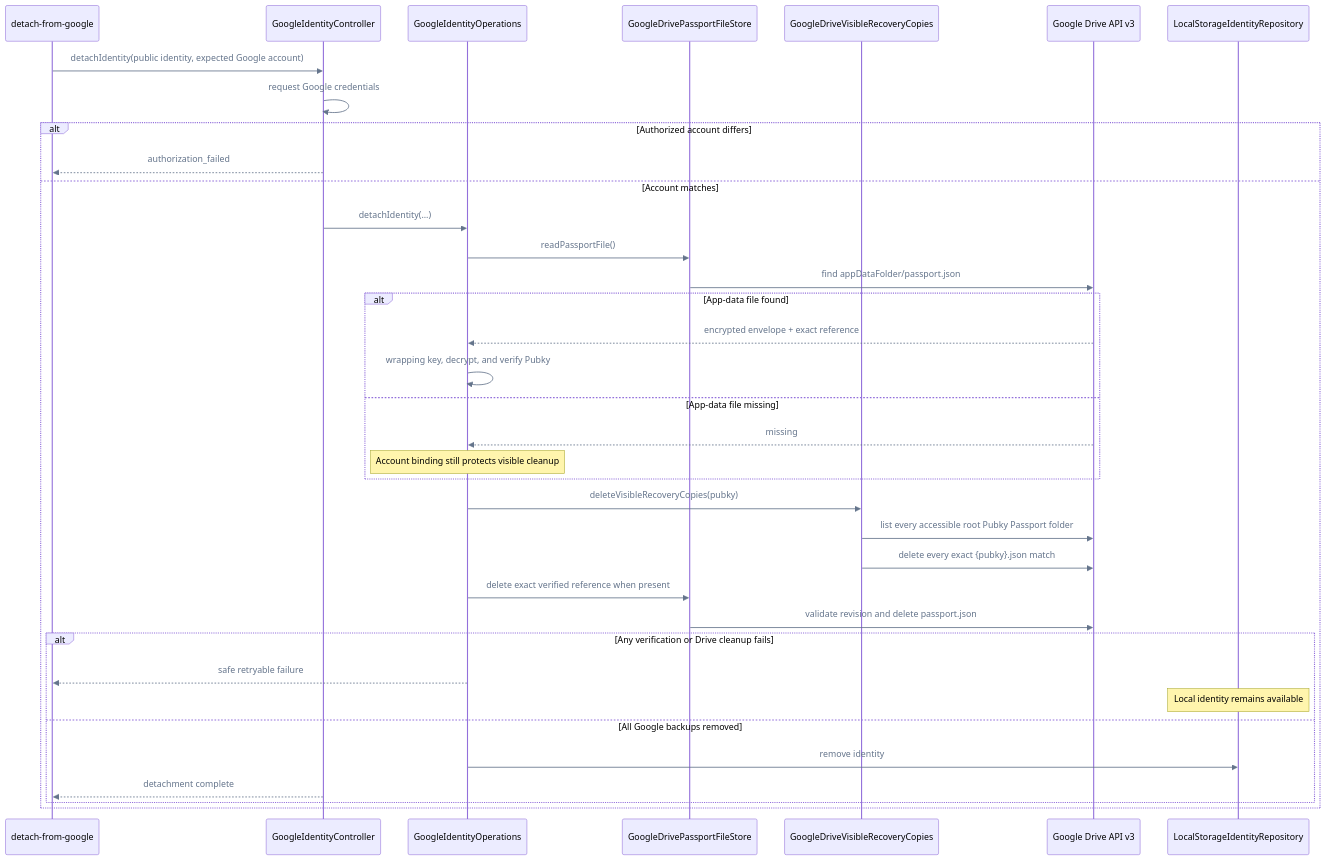
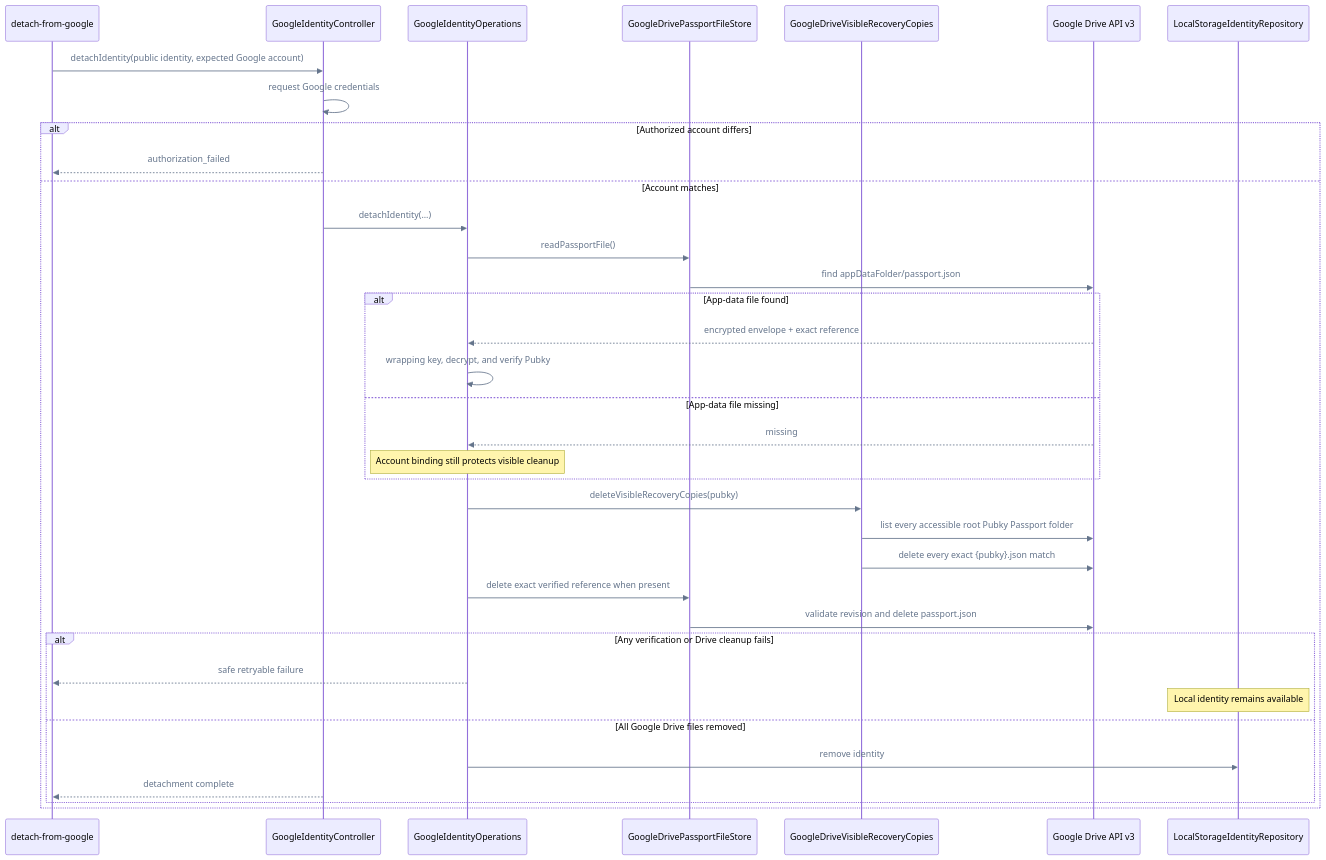
One commit to pubky/pubky-passport changed diagram 12 of 14 in FLOWS.md. Above: the diagram before and after it, drawn with Mermaid. The commit also changed other lines of this file and 85 other files, not shown here.

````diff
--- a/FLOWS.md
+++ b/FLOWS.md
@@ -619,42 +619,42 @@
 ```mermaid
 %%{init: {"themeVariables": {"signalColor": "#64748B", "signalTextColor": "#64748B"}}}%%
 sequenceDiagram
     accTitle: Detach a Pubky identity from Google
-    accDescr: Passport verifies the account and identity, deletes every Google backup, and clears the local identity last.
+    accDescr: Passport verifies the account and identity, deletes every Google Drive Passport file and visible recovery copy, and clears the local identity last.
     participant UI as detach-from-google
     participant GoogleController as GoogleIdentityController
     participant Operations as GoogleIdentityOperations
     participant DriveStore as GoogleDrivePassportFileStore
     participant VisibleCopies as GoogleDriveVisibleRecoveryCopies
     participant Drive as Google Drive API v3
     participant Local as LocalStorageIdentityRepository
 
     UI->>GoogleController: detachIdentity(public identity, expected Google account)
     GoogleController->>GoogleController: request Google credentials
     alt Authorized account differs
         GoogleController-->>UI: authorization_failed
     else Account matches
         GoogleController->>Operations: detachIdentity(...)
         Operations->>DriveStore: readPassportFile()
         DriveStore->>Drive: find appDataFolder/passport.json
         alt App-data file found
             Drive-->>Operations: encrypted envelope + exact reference
             Operations->>Operations: wrapping key, decrypt, and verify Pubky
         else App-data file missing
             Drive-->>Operations: missing
             Note over Operations: Account binding still protects visible cleanup
         end
         Operations->>VisibleCopies: deleteVisibleRecoveryCopies(pubky)
         VisibleCopies->>Drive: list every accessible root Pubky Passport folder
         VisibleCopies->>Drive: delete every exact {pubky}.json match
         Operations->>DriveStore: delete exact verified reference when present
         DriveStore->>Drive: validate revision and delete passport.json
         alt Any verification or Drive cleanup fails
             Operations-->>UI: safe retryable failure
             Note over Local: Local identity remains available
-        else All Google backups removed
+        else All Google Drive files removed
             Operations->>Local: remove identity
             GoogleController-->>UI: detachment complete
         end
     end
 ```
````
